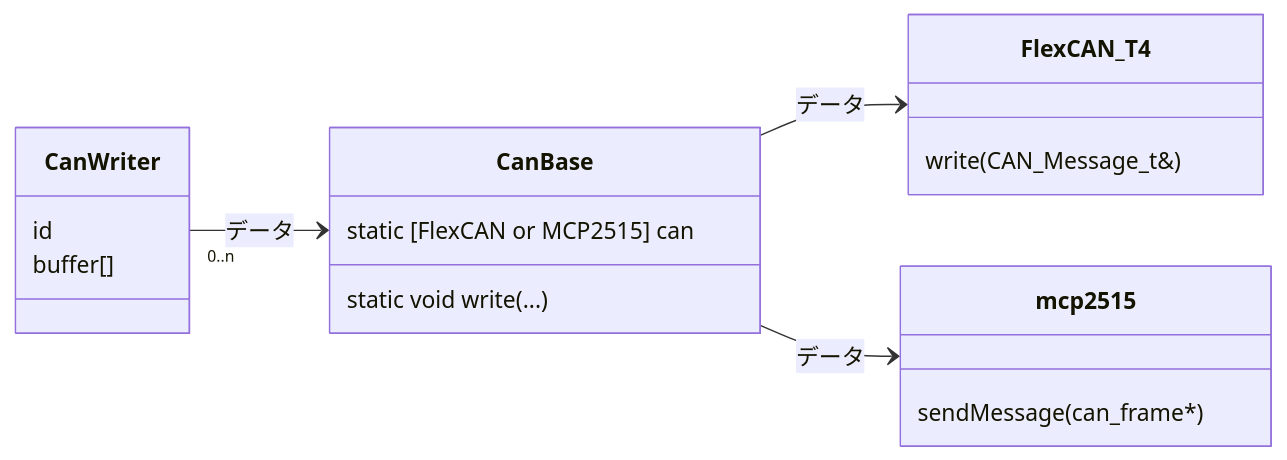
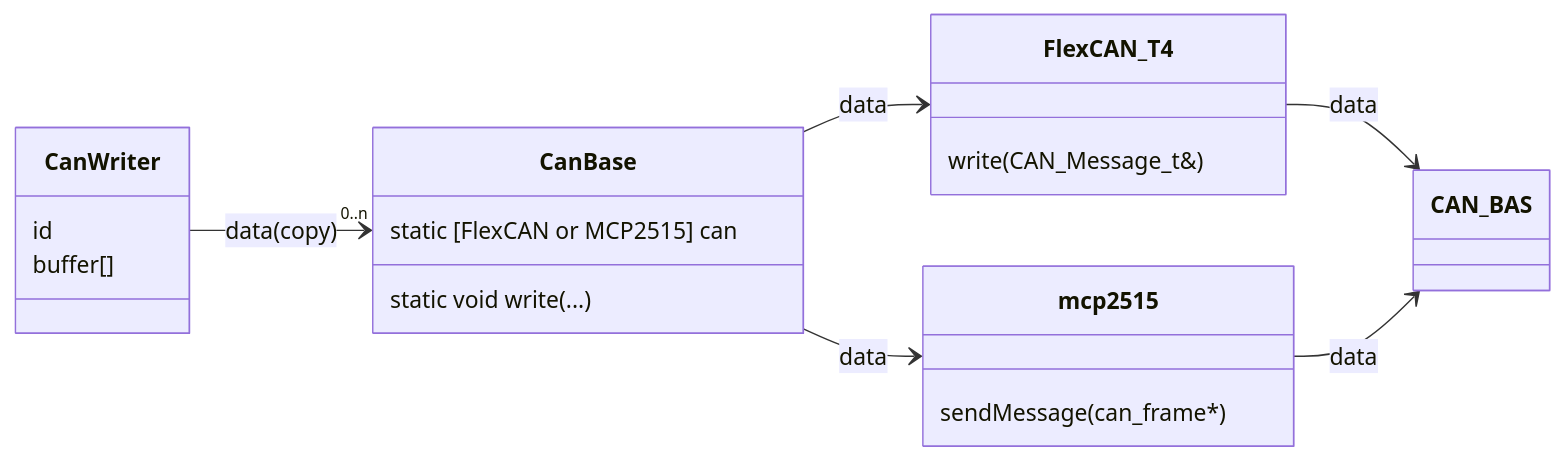
One commit to udonrobo/UdonLibrary changed the diagram in com/can/CanWriter/README.md. Above: the diagram before and after it, drawn with Mermaid. The commit also changed other lines of this file and 1 other file, not shown here.

````diff
--- a/com/can/CanWriter/README.md
+++ b/com/can/CanWriter/README.md
@@ -96,28 +120,32 @@
 ```mermaid
 classDiagram
-  direction RL
+  direction LR
 
 	class CanWriter {
 		id
 		buffer[]
 	}
 
 	class CanBase {
 		static [FlexCAN or MCP2515] can
 		static void write(...)
 	}
 
 	class mcp2515 {
 		sendMessage(can_frame*)
 	}
 	class FlexCAN_T4 {
 		write(CAN_Message_t&)
 	}
 
-	FlexCAN_T4 <-- CanBase : データ
+	CanWriter --> "0..n" CanBase : data(copy)
 
-	mcp2515 <-- CanBase : データ
+	CanBase --> FlexCAN_T4 : data
 
-	CanBase <-- "0..n" CanWriter : データ
+	CanBase --> mcp2515 : data
+
+	FlexCAN_T4 --> CAN_BAS : data
+
+	mcp2515 --> CAN_BAS : data
 
 ```
````
